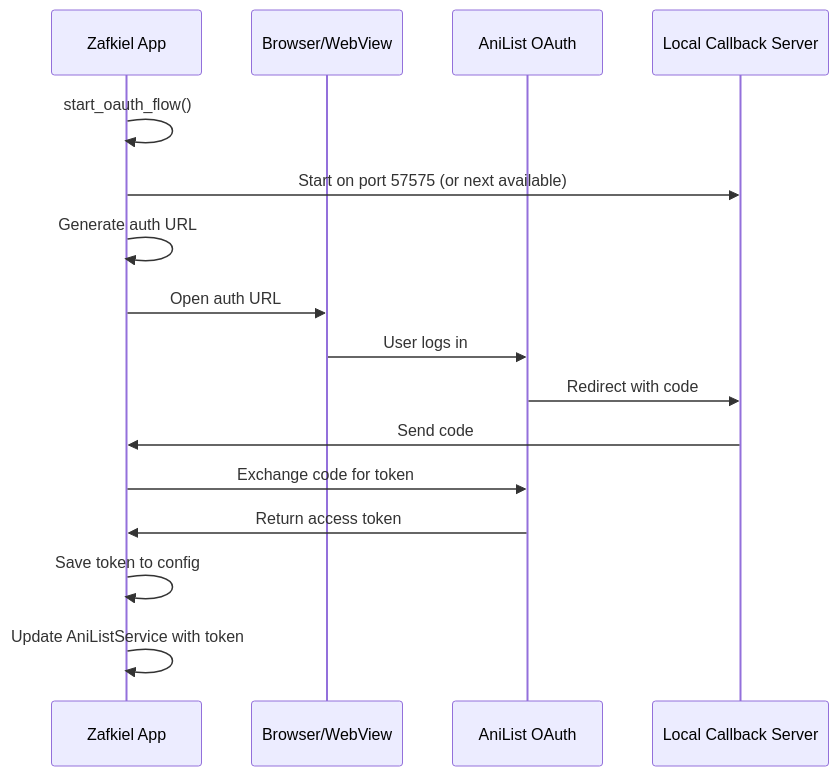
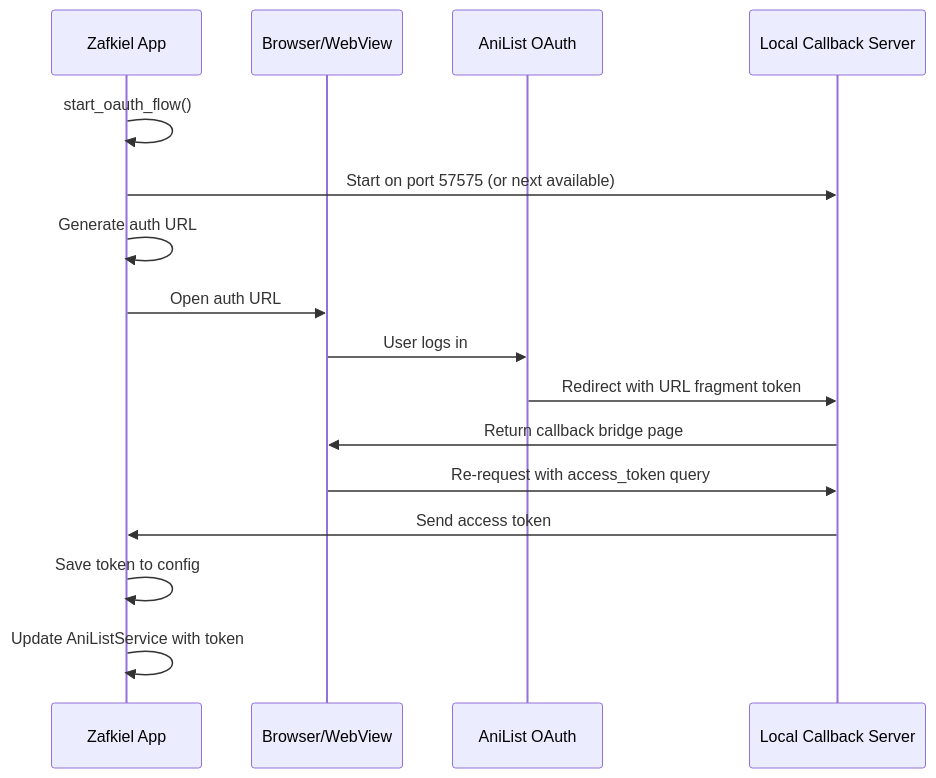
The diagram in docs/AUTHENTICATION.md (Thunder-Blaze/Zafkiel), drawn with Mermaid before and after one commit. The commit also changed other lines of this file and 29 other files, not shown here.

````diff
--- a/docs/AUTHENTICATION.md
+++ b/docs/AUTHENTICATION.md
@@ -67,19 +67,19 @@
 ```mermaid
 sequenceDiagram
     participant App as Zafkiel App
     participant Browser as Browser/WebView
     participant AniList as AniList OAuth
     participant Server as Local Callback Server
 
     App->>App: start_oauth_flow()
     App->>Server: Start on port 57575 (or next available)
     App->>App: Generate auth URL
     App->>Browser: Open auth URL
     Browser->>AniList: User logs in
-    AniList->>Server: Redirect with code
-    Server->>App: Send code
-    App->>AniList: Exchange code for token
-    AniList->>App: Return access token
+   AniList->>Server: Redirect with URL fragment token
+   Server->>Browser: Return callback bridge page
+   Browser->>Server: Re-request with access_token query
+   Server->>App: Send access token
     App->>App: Save token to config
     App->>App: Update AniListService with token
 ```
````
